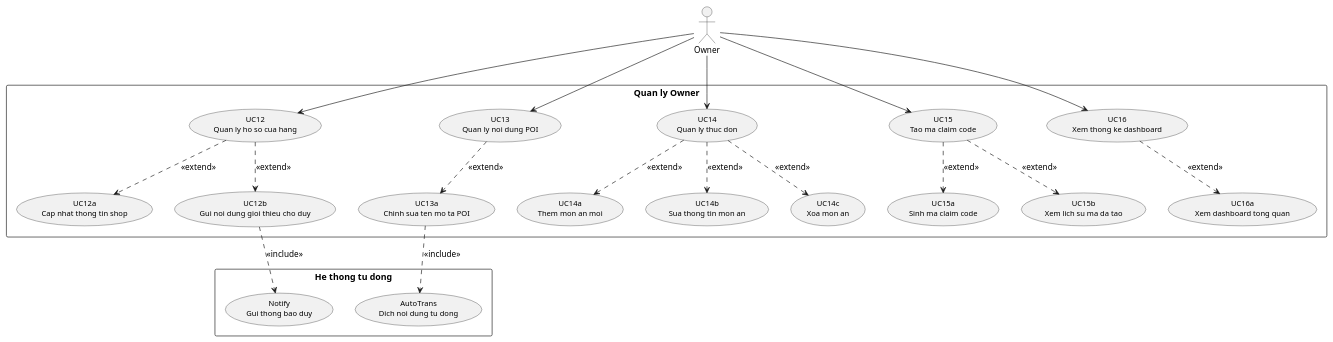
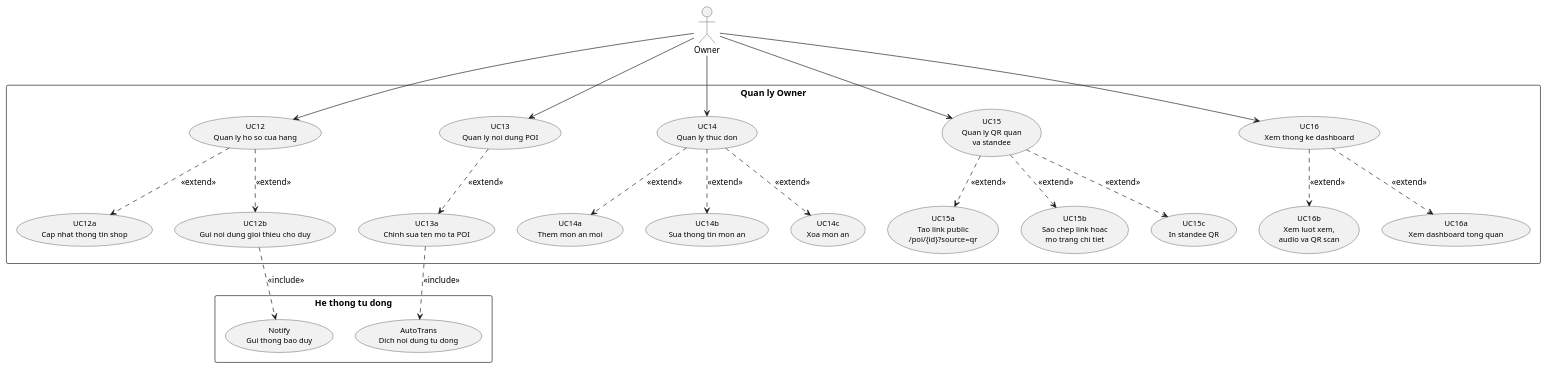
One commit to MinhMafia/DiDuDuaDi changed the diagram in Đặc tả wed/usecase_03_owner.puml. Above: the diagram before and after it, drawn with PlantUML. The commit also changed 18 other files, not shown here.

```diff
--- a/Đặc tả wed/usecase_03_owner.puml
+++ b/Đặc tả wed/usecase_03_owner.puml
@@ -1,55 +1,59 @@
 @startuml
 skinparam usecaseFontSize 12
 skinparam usecaseFontName "Times New Roman"
 skinparam actorFontSize 13
 skinparam actorFontName "Times New Roman"
 skinparam backgroundColor White
 
 actor "Owner" as Owner
 
 rectangle "Quan ly Owner" {
   usecase "UC12\nQuan ly ho so cua hang" as UC12
   usecase "UC12a\nCap nhat thong tin shop" as UC12a
   usecase "UC12b\nGui noi dung gioi thieu cho duy" as UC12b
 
   usecase "UC13\nQuan ly noi dung POI" as UC13
   usecase "UC13a\nChinh sua ten mo ta POI" as UC13a
 
   usecase "UC14\nQuan ly thuc don" as UC14
   usecase "UC14a\nThem mon an moi" as UC14a
   usecase "UC14b\nSua thong tin mon an" as UC14b
   usecase "UC14c\nXoa mon an" as UC14c
 
-  usecase "UC15\nTao ma claim code" as UC15
-  usecase "UC15a\nSinh ma claim code" as UC15a
-  usecase "UC15b\nXem lich su ma da tao" as UC15b
+  usecase "UC15\nQuan ly QR quan\nva standee" as UC15
+  usecase "UC15a\nTao link public\n/poi/{id}?source=qr" as UC15a
+  usecase "UC15b\nSao chep link hoac\nmo trang chi tiet" as UC15b
+  usecase "UC15c\nIn standee QR" as UC15c
 
   usecase "UC16\nXem thong ke dashboard" as UC16
   usecase "UC16a\nXem dashboard tong quan" as UC16a
+  usecase "UC16b\nXem luot xem,\naudio va QR scan" as UC16b
 }
 
 rectangle "He thong tu dong" {
   usecase "AutoTrans\nDich noi dung tu dong" as AutoTrans
   usecase "Notify\nGui thong bao duy" as Notify
 }
 
 Owner --> UC12
 Owner --> UC13
 Owner --> UC14
 Owner --> UC15
 Owner --> UC16
 
 UC12 ..> UC12a : <<extend>>
 UC12 ..> UC12b : <<extend>>
 UC13 ..> UC13a : <<extend>>
 UC14 ..> UC14a : <<extend>>
 UC14 ..> UC14b : <<extend>>
 UC14 ..> UC14c : <<extend>>
 UC15 ..> UC15a : <<extend>>
 UC15 ..> UC15b : <<extend>>
+UC15 ..> UC15c : <<extend>>
 UC16 ..> UC16a : <<extend>>
+UC16 ..> UC16b : <<extend>>
 
 UC13a ..> AutoTrans : <<include>>
 UC12b ..> Notify : <<include>>
 
 @enduml
```
